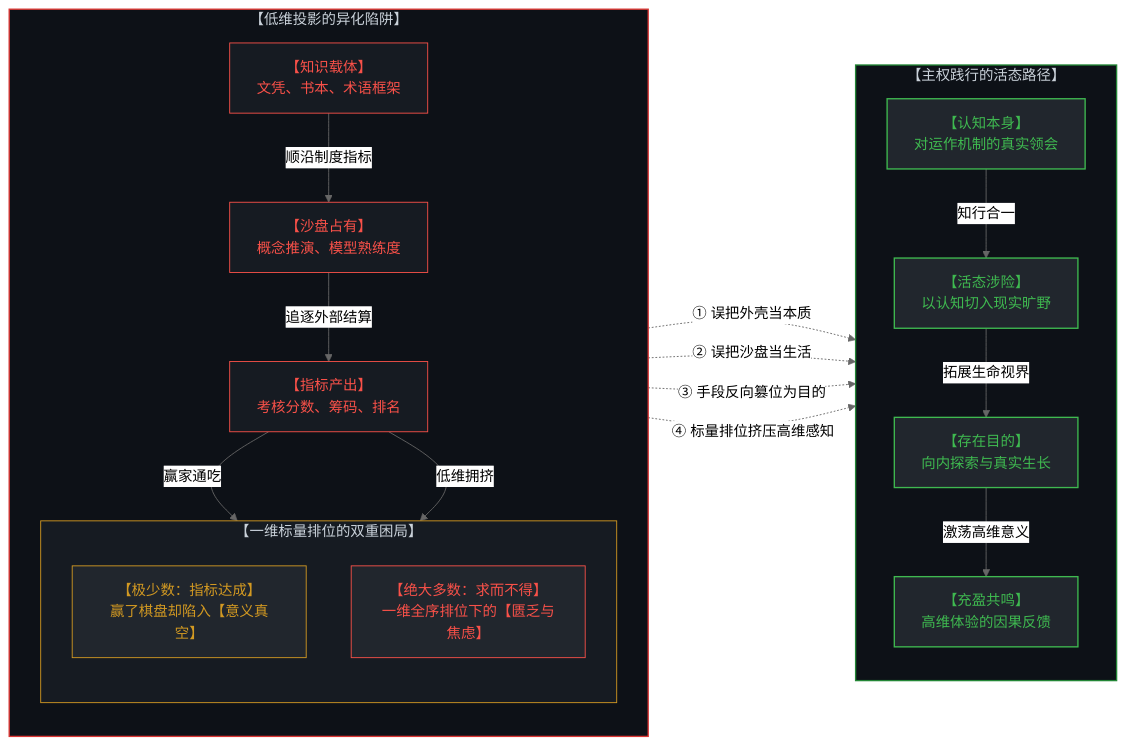
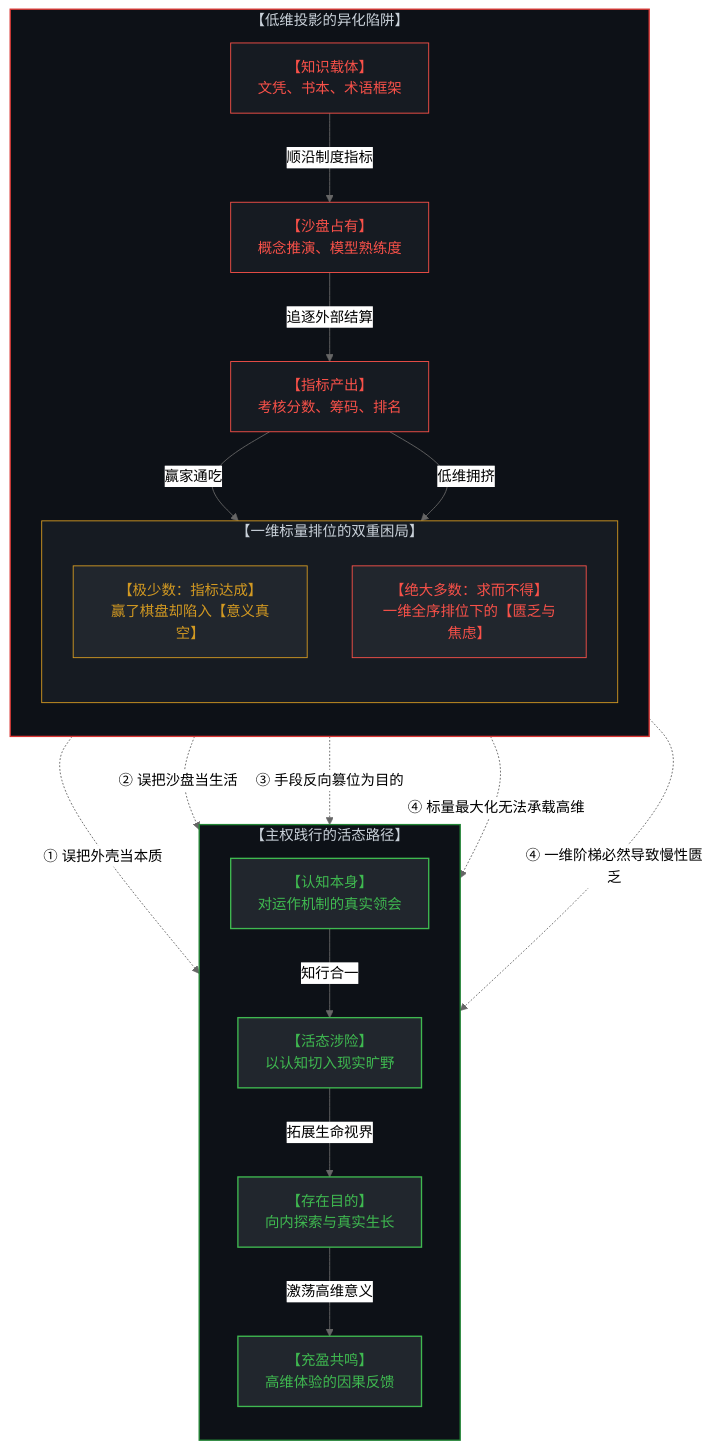
One commit to powerpig99/not-a-toe changed the first of 6 diagrams in content/posts/coordinate-systems-mind-and-degrees-of-freedom.md. Above: the diagram before and after it, drawn with Mermaid (neutral theme). The commit also changed other lines of this file, not shown here.

Commit message:
Convert Section 1 Mermaid diagram to vertical (graph TD) layout

````diff
--- a/content/posts/coordinate-systems-mind-and-degrees-of-freedom.md
+++ b/content/posts/coordinate-systems-mind-and-degrees-of-freedom.md
@@ -15,51 +15,52 @@
 ```mermaid
-graph LR
-    subgraph PathOfLiving["【主权践行的活态路径】"]
-        direction TB
-        Knowledge["【认知本身】<br>对运作机制的真实领会"]
-        Living["【活态涉险】<br>以认知切入现实旷野"]
-        EndGoal["【存在目的】<br>向内探索与真实生长"]
-        Resonance["【充盈共鸣】<br>高维体验的因果反馈"]
-
-        Knowledge -->|"知行合一"| Living
-        Living -->|"拓展生命视界"| EndGoal
-        EndGoal -->|"激荡高维意义"| Resonance
-    end
-
-    subgraph PathOfTrap["【低维投影的异化陷阱】"]
+graph TD
+    subgraph TrapCol["【低维投影的异化陷阱】"]
         direction TB
         Carrier["【知识载体】<br>文凭、书本、术语框架"]
         Control["【沙盘占有】<br>概念推演、模型熟练度"]
         Tools["【指标产出】<br>考核分数、筹码、排名"]
         
         subgraph Outcomes["【一维标量排位的双重困局】"]
             direction TB
             Winners["【极少数：指标达成】<br>赢了棋盘却陷入【意义真空】"]
             Majority["【绝大多数：求而不得】<br>一维全序排位下的【匮乏与焦虑】"]
         end
 
         Carrier -->|"顺沿制度指标"| Control
         Control -->|"追逐外部结算"| Tools
         Tools -->|"赢家通吃"| Winners
         Tools -->|"低维拥挤"| Majority
     end
 
+    subgraph LivingCol["【主权践行的活态路径】"]
+        direction TB
+        Knowledge["【认知本身】<br>对运作机制的真实领会"]
+        LivingNode["【活态涉险】<br>以认知切入现实旷野"]
+        EndGoal["【存在目的】<br>向内探索与真实生长"]
+        Resonance["【充盈共鸣】<br>高维体验的因果反馈"]
+
+        Knowledge -->|"知行合一"| LivingNode
+        LivingNode -->|"拓展生命视界"| EndGoal
+        EndGoal -->|"激荡高维意义"| Resonance
+    end
+
     Carrier -.->|"① 误把外壳当本质"| Knowledge
-    Control -.->|"② 误把沙盘当生活"| Living
+    Control -.->|"② 误把沙盘当生活"| LivingNode
     Tools -.->|"③ 手段反向篡位为目的"| EndGoal
-    Outcomes -.->|"④ 标量排位挤压高维感知"| Resonance
+    Winners -.->|"④ 标量最大化无法承载高维"| Resonance
+    Majority -.->|"④ 一维阶梯必然导致慢性匮乏"| Resonance
 
-    style PathOfLiving fill:#0d1117,stroke:#238636,stroke-width:1.5px,color:#c9d1d9
-    style Knowledge fill:#21262d,stroke:#3fb950,stroke-width:1.5px,color:#3fb950
-    style Living fill:#21262d,stroke:#3fb950,stroke-width:1.5px,color:#3fb950
-    style EndGoal fill:#21262d,stroke:#3fb950,stroke-width:1.5px,color:#3fb950
-    style Resonance fill:#21262d,stroke:#3fb950,stroke-width:1.5px,color:#3fb950
-
-    style PathOfTrap fill:#0d1117,stroke:#da3633,stroke-width:1.5px,color:#c9d1d9
+    style TrapCol fill:#0d1117,stroke:#da3633,stroke-width:1.5px,color:#c9d1d9
     style Carrier fill:#161b22,stroke:#f85149,stroke-width:1px,color:#f85149
     style Control fill:#161b22,stroke:#f85149,stroke-width:1px,color:#f85149
     style Tools fill:#161b22,stroke:#f85149,stroke-width:1px,color:#f85149
     style Outcomes fill:#161b22,stroke:#d29922,stroke-width:1px,color:#c9d1d9
     style Winners fill:#21262d,stroke:#d29922,stroke-width:1px,color:#d29922
     style Majority fill:#21262d,stroke:#f85149,stroke-width:1px,color:#f85149
+
+    style LivingCol fill:#0d1117,stroke:#238636,stroke-width:1.5px,color:#c9d1d9
+    style Knowledge fill:#21262d,stroke:#3fb950,stroke-width:1.5px,color:#3fb950
+    style LivingNode fill:#21262d,stroke:#3fb950,stroke-width:1.5px,color:#3fb950
+    style EndGoal fill:#21262d,stroke:#3fb950,stroke-width:1.5px,color:#3fb950
+    style Resonance fill:#21262d,stroke:#3fb950,stroke-width:1.5px,color:#3fb950
 ```
````
